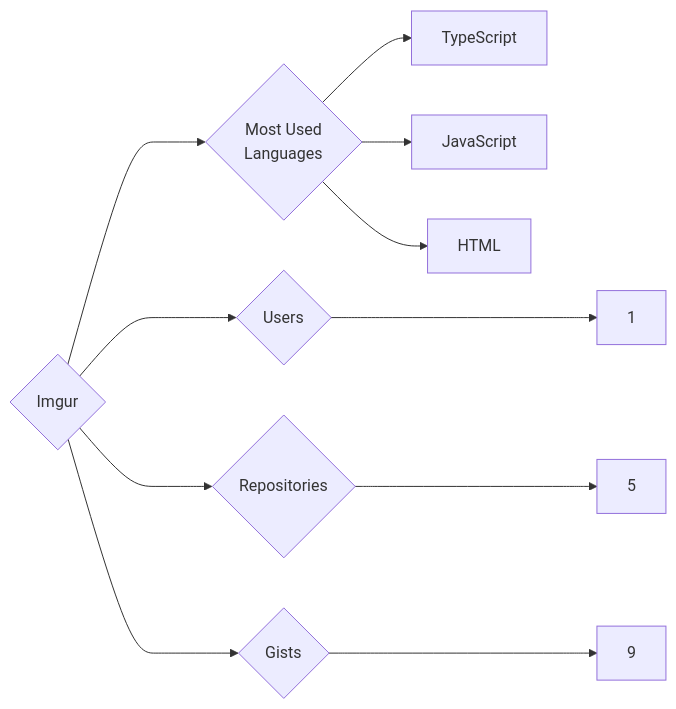
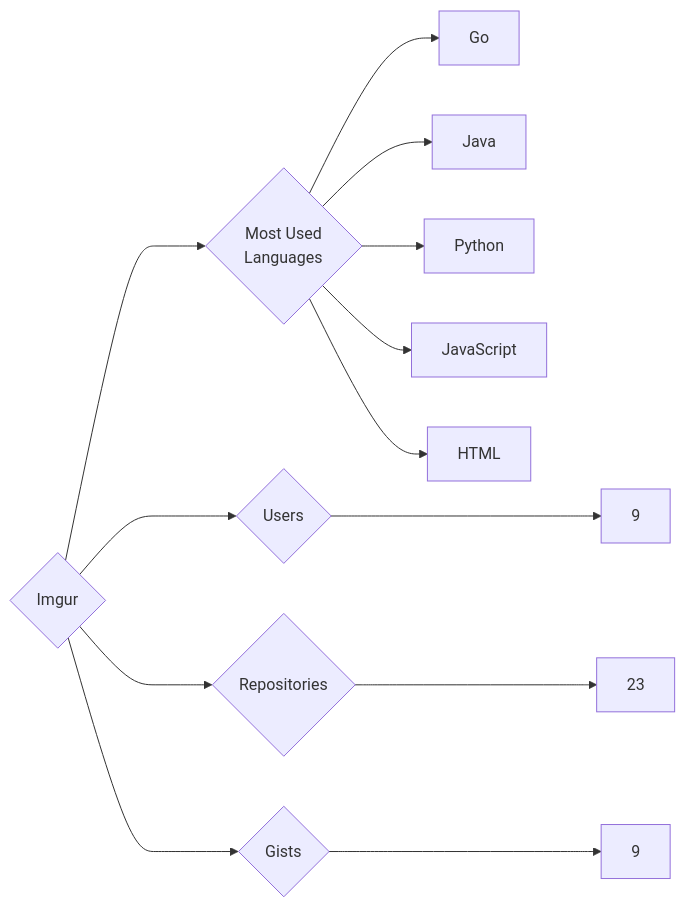
The diagram in targets/Imgur/README.md (trickest/insiders), drawn with Mermaid before and after one commit. The commit also changed 1314 other files, not shown here.

````diff
--- a/targets/Imgur/README.md
+++ b/targets/Imgur/README.md
@@ -3,11 +3,13 @@
 ```mermaid
 graph LR
 COMPANY_NAME{Imgur}
-COMPANY_NAME ---> U{Users} ---> UN[1]
-COMPANY_NAME ---> R{Repositories} ---> RN[5]
+COMPANY_NAME ---> U{Users} ---> UN[9]
+COMPANY_NAME ---> R{Repositories} ---> RN[23]
 COMPANY_NAME ---> G{Gists} ---> GN[9]
 COMPANY_NAME ---> ML{Most Used<br>Languages}
-ML --> TypeScript[TypeScript]
+ML --> Go[Go]
+ML --> Java[Java]
+ML --> Python[Python]
 ML --> JavaScript[JavaScript]
 ML --> HTML[HTML]
 ```
````
